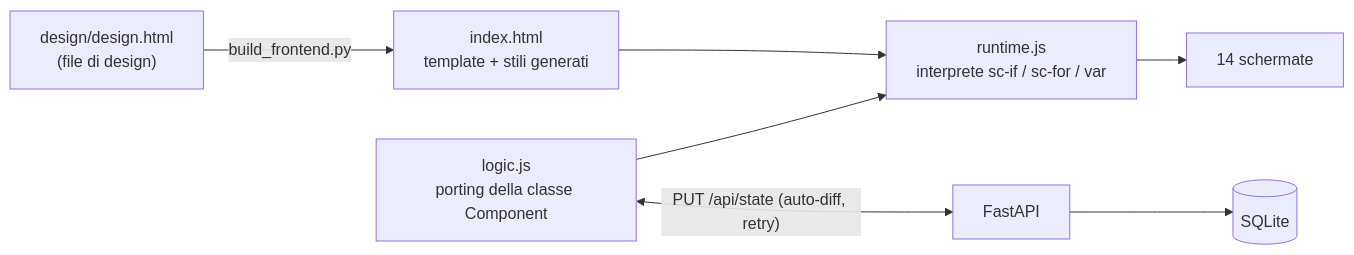
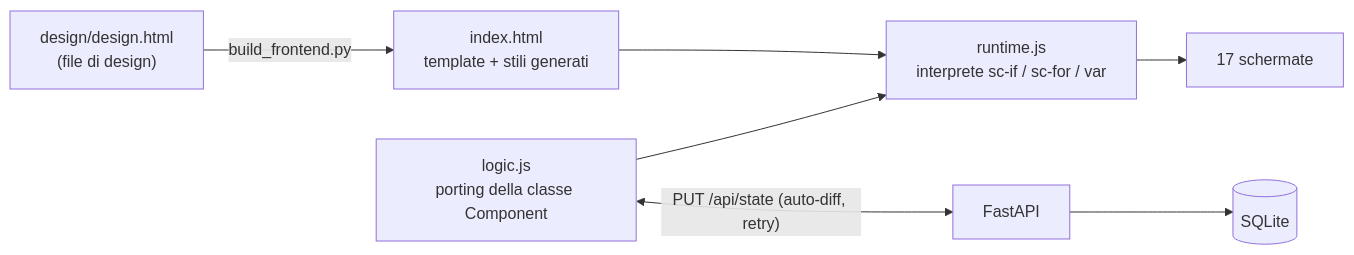
One commit to It-Energy-Ai/Logistica_Gas_Natural_Up_Stream changed the diagram in README.md. Above: the diagram before and after it, drawn with Mermaid. The commit also changed other lines of this file and 5 other files, not shown here.

````diff
--- a/README.md
+++ b/README.md
@@ -59,9 +71,9 @@
 ```mermaid
 flowchart LR
     D["design/design.html<br>(file di design)"] -->|build_frontend.py| T["index.html<br>template + stili generati"]
     T --> R["runtime.js<br>interprete sc-if / sc-for / var"]
     L["logic.js<br>porting della classe Component"] --> R
-    R --> UI["14 schermate"]
+    R --> UI["17 schermate"]
     L <-->|"PUT /api/state (auto-diff, retry)"| B["FastAPI"]
     B --> DB[("SQLite")]
 ```
````
